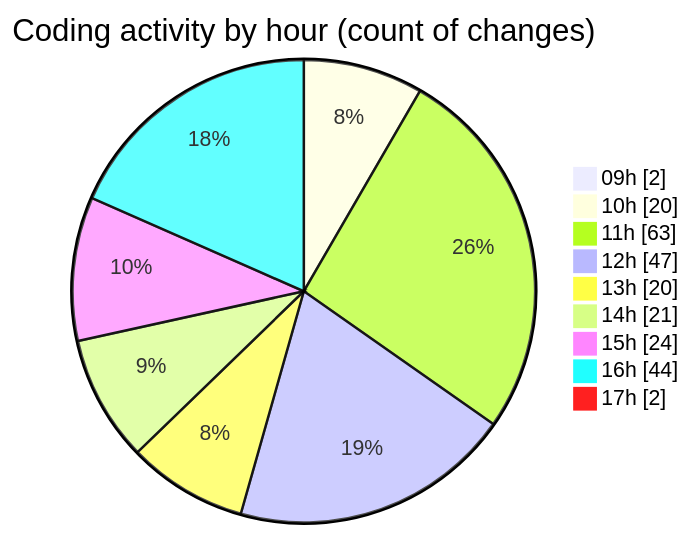
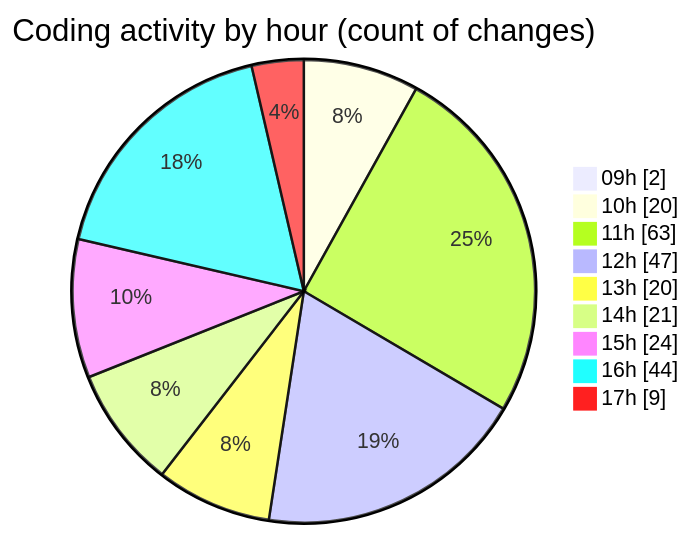
Before and after one commit to momahboobian/code-tracking: the second of 2 diagrams in 2025-04-08/cda/README.md, drawn with Mermaid. The commit also changed other lines of this file and 1 other file, not shown here.

````diff
--- a/2025-04-08/cda/README.md
+++ b/2025-04-08/cda/README.md
@@ -46,13 +46,13 @@
 ```mermaid
 pie showData
 title Coding activity by hour (count of changes)
 "09h" : 2
 "10h" : 20
 "11h" : 63
 "12h" : 47
 "13h" : 20
 "14h" : 21
 "15h" : 24
 "16h" : 44
-"17h" : 2
+"17h" : 9
 ```
````
